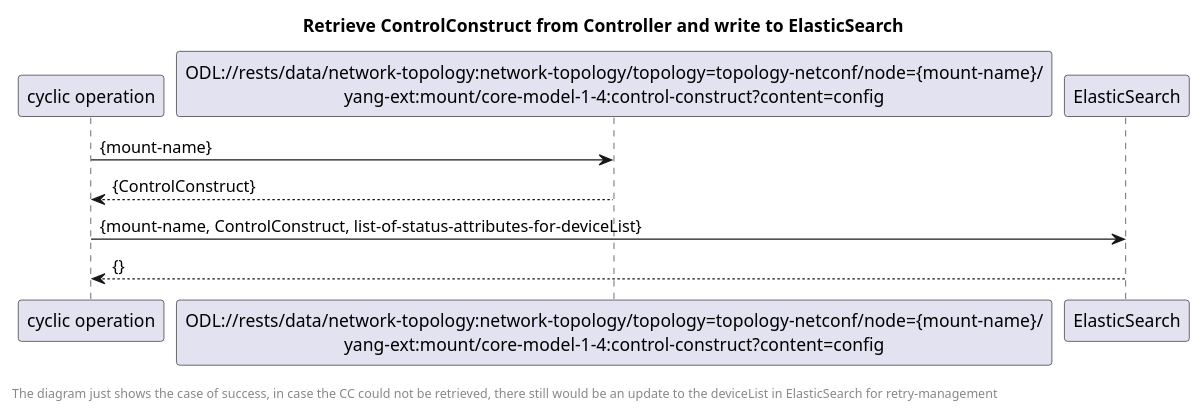
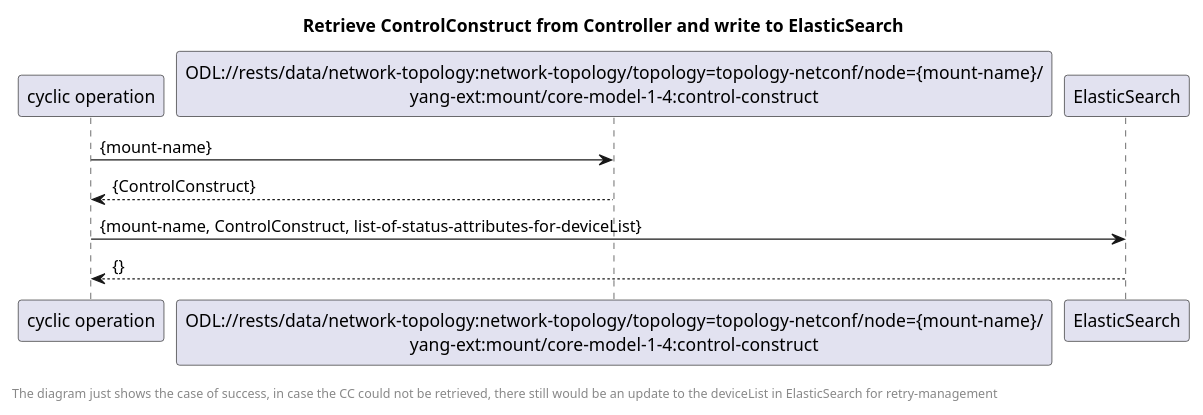
The diagram in spec/diagrams/02x_forwardingRetrieveControlConstruct.plantuml (openBackhaul/MicroWaveDeviceInventory), drawn with PlantUML before and after one commit. The commit also changed 3 other files, not shown here.

```diff
--- a/spec/diagrams/02x_forwardingRetrieveControlConstruct.plantuml
+++ b/spec/diagrams/02x_forwardingRetrieveControlConstruct.plantuml
@@ -1,16 +1,16 @@
 @startuml
 skinparam responseMessageBelowArrow true
 
 title Retrieve ControlConstruct from Controller and write to ElasticSearch
 
-"cyclic operation" -> "ODL://rests/data/network-topology:network-topology/topology=topology-netconf/node={mount-name}/\nyang-ext:mount/core-model-1-4:control-construct?content=config": {mount-name}
-"ODL://rests/data/network-topology:network-topology/topology=topology-netconf/node={mount-name}/\nyang-ext:mount/core-model-1-4:control-construct?content=config" --> "cyclic operation": {ControlConstruct}
+"cyclic operation" -> "ODL://rests/data/network-topology:network-topology/topology=topology-netconf/node={mount-name}/\nyang-ext:mount/core-model-1-4:control-construct": {mount-name}
+"ODL://rests/data/network-topology:network-topology/topology=topology-netconf/node={mount-name}/\nyang-ext:mount/core-model-1-4:control-construct" --> "cyclic operation": {ControlConstruct}
 
 
 "cyclic operation" -> "ElasticSearch": {mount-name, ControlConstruct, list-of-status-attributes-for-deviceList}
 "ElasticSearch" --> "cyclic operation": {}
 
 
 left footer \nThe diagram just shows the case of success, in case the CC could not be retrieved, there still would be an update to the deviceList in ElasticSearch for retry-management
 
 @enduml
```
